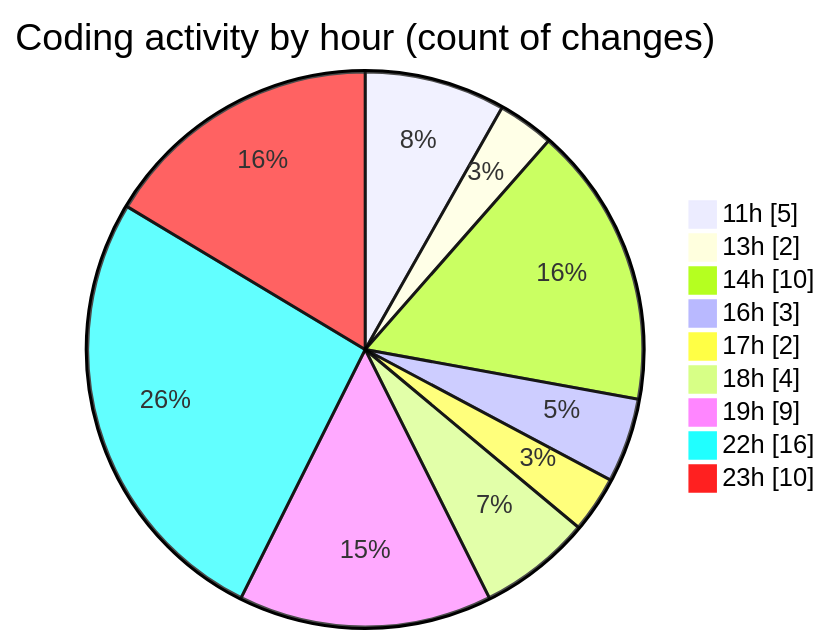
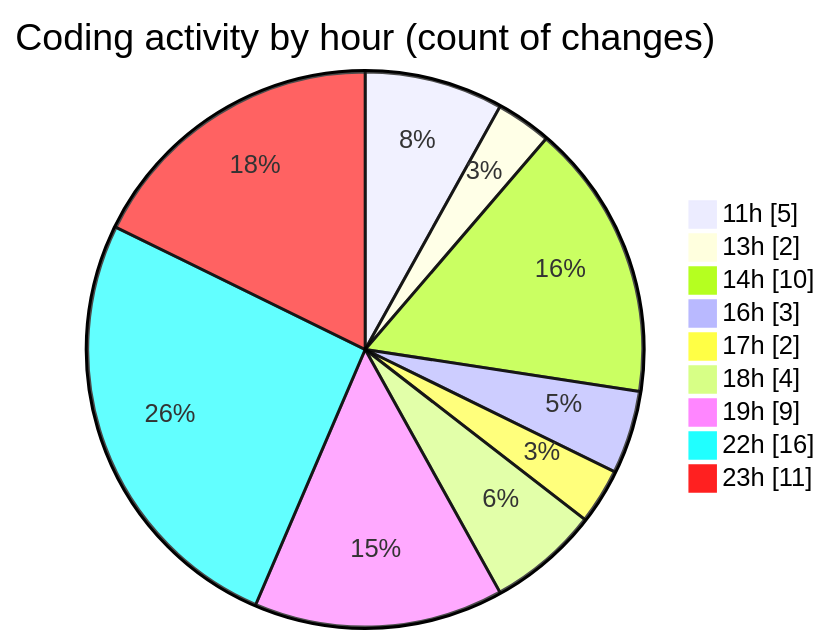
Before and after one commit to julien-gomy/code-tracking: the second of 2 diagrams in 2025-10-27/usr_aleoudev_fr__workspace_/README.md, drawn with Mermaid. The commit also changed other lines of this file and 1 other file, not shown here.

````diff
--- a/2025-10-27/usr_aleoudev_fr__workspace_/README.md
+++ b/2025-10-27/usr_aleoudev_fr__workspace_/README.md
@@ -37,13 +37,13 @@
 ```mermaid
 pie showData
 title Coding activity by hour (count of changes)
 "11h" : 5
 "13h" : 2
 "14h" : 10
 "16h" : 3
 "17h" : 2
 "18h" : 4
 "19h" : 9
 "22h" : 16
-"23h" : 10
+"23h" : 11
 ```
````
